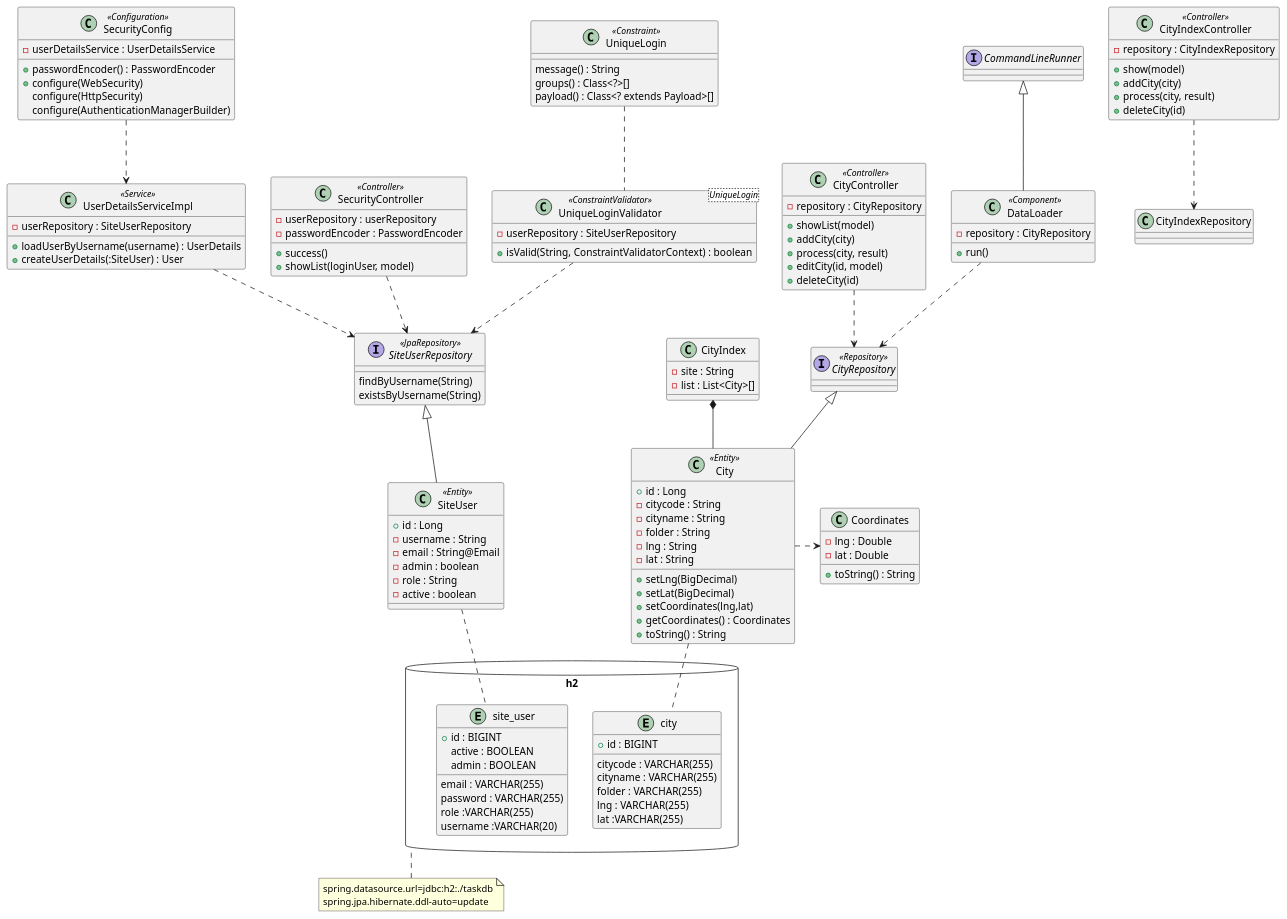
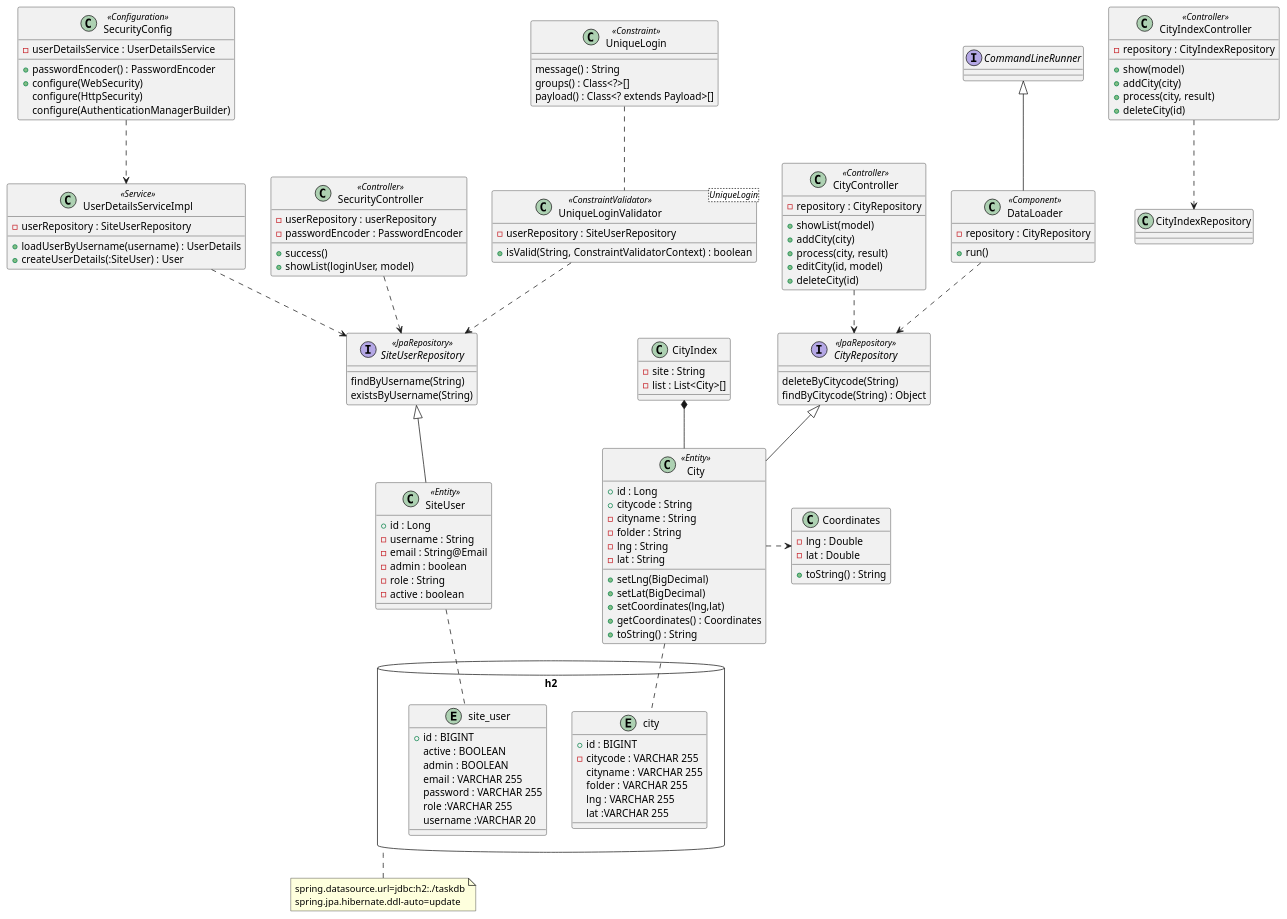
One commit to yuuhayashi/task-bldg changed the diagram in class.pu. Above: the diagram before and after it, drawn with PlantUML. The commit also changed 2 other files, not shown here.

Commit message:
citycode

```diff
--- a/class.pu
+++ b/class.pu
@@ -1,138 +1,141 @@
 @startuml
 
 database "h2" as db {
 	entity city {
 		+ id : BIGINT
-		citycode : VARCHAR(255)
-		cityname : VARCHAR(255)
-		folder : VARCHAR(255)
-		lng : VARCHAR(255)
-		lat :VARCHAR(255)
+		- citycode : VARCHAR 255
+		cityname : VARCHAR 255
+		folder : VARCHAR 255
+		lng : VARCHAR 255
+		lat :VARCHAR 255
 	}
+
 	entity site_user {
 		+ id : BIGINT
 		active : BOOLEAN
 		admin : BOOLEAN
-		email : VARCHAR(255)
-		password : VARCHAR(255)
-		role :VARCHAR(255)
-		username :VARCHAR(20)
+		email : VARCHAR 255
+		password : VARCHAR 255
+		role :VARCHAR 255
+		username :VARCHAR 20
 	}
 }
 note bottom of db : spring.datasource.url=jdbc:h2:./taskdb\nspring.jpa.hibernate.ddl-auto=update
 
 class SecurityConfig <<Configuration>> {
 	- userDetailsService : UserDetailsService
 	+ passwordEncoder() : PasswordEncoder
 	+ configure(WebSecurity)
 	configure(HttpSecurity)
 	configure(AuthenticationManagerBuilder)
 }
 
 class UserDetailsServiceImpl <<Service>> {
   - userRepository : SiteUserRepository
   + loadUserByUsername(username) : UserDetails
   + createUserDetails(:SiteUser) : User
 }
 
 class SecurityController <<Controller>> {
   - userRepository : userRepository
   - passwordEncoder : PasswordEncoder
   + success()
   + showList(loginUser, model)
 }
 
 class SiteUser <<Entity>> {
   + id : Long
   - username : String
   - email : String@Email
   - admin : boolean
   - role : String
   - active : boolean
 }
 SiteUser .. site_user
 
 class UniqueLoginValidator<UniqueLogin> <<ConstraintValidator>> {
   - userRepository : SiteUserRepository
   + isValid(String, ConstraintValidatorContext) : boolean
 }
 
 class UniqueLogin <<Constraint>> {
   message() : String
   groups() : Class<?>[]
   payload() : Class<? extends Payload>[]
 }
 
 interface SiteUserRepository <<JpaRepository>> {
 	findByUsername(String)
 	existsByUsername(String)
 }
 SecurityConfig ..> UserDetailsServiceImpl
 UserDetailsServiceImpl ..> SiteUserRepository
 SecurityController ..> SiteUserRepository
 UniqueLoginValidator ..> SiteUserRepository
 UniqueLogin .. UniqueLoginValidator
 SiteUserRepository <|-- SiteUser
 
 class City <<Entity>> {
   + id : Long
-  - citycode : String
+  + citycode : String
   - cityname : String
   - folder : String
   - lng : String
   - lat : String
   + setLng(BigDecimal)
   + setLat(BigDecimal)
   + setCoordinates(lng,lat)
   + getCoordinates() : Coordinates
   + toString() : String
 }
 City .. city
 
 class Coordinates {
   - lng : Double
   - lat : Double
   + toString() : String
 }
 City .> Coordinates
 
 class CityIndex {
 	- site : String
 	- list : List<City>[]
 }
 CityIndex *-- City
 
-interface CityRepository <<Repository>> {
+interface CityRepository <<JpaRepository>> {
+	deleteByCitycode(String)
+	findByCitycode(String) : Object
 }
 CityRepository <|-- City
 
 class CityController <<Controller>> {
   - repository : CityRepository
   + showList(model)
   + addCity(city)
   + process(city, result)
   + editCity(id, model)
   + deleteCity(id)
 }
 CityController ..> CityRepository
 
 class CityIndexController <<Controller>> {
   - repository : CityIndexRepository
   + show(model)
   + addCity(city)
   + process(city, result)
   + deleteCity(id)
 }
 CityIndexController ..> CityIndexRepository
 
 interface CommandLineRunner
 
 class DataLoader <<Component>> {
   - repository : CityRepository
   + run()
 }
 DataLoader ..> CityRepository
 
 CommandLineRunner <|-- DataLoader
 
 @enduml
```
